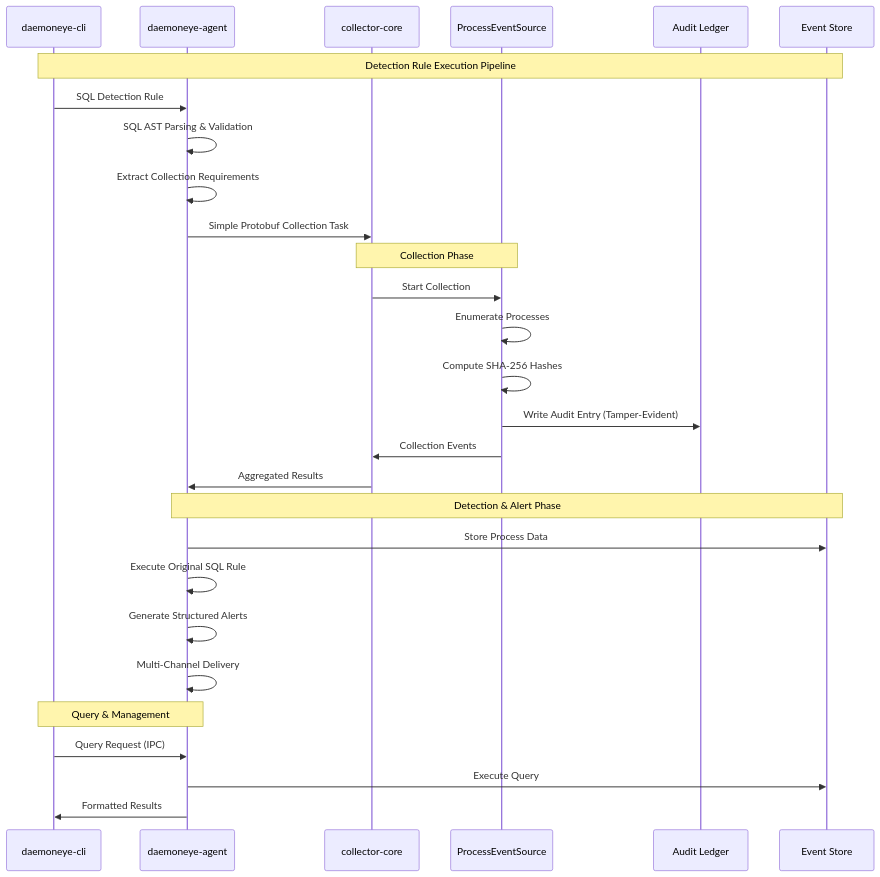
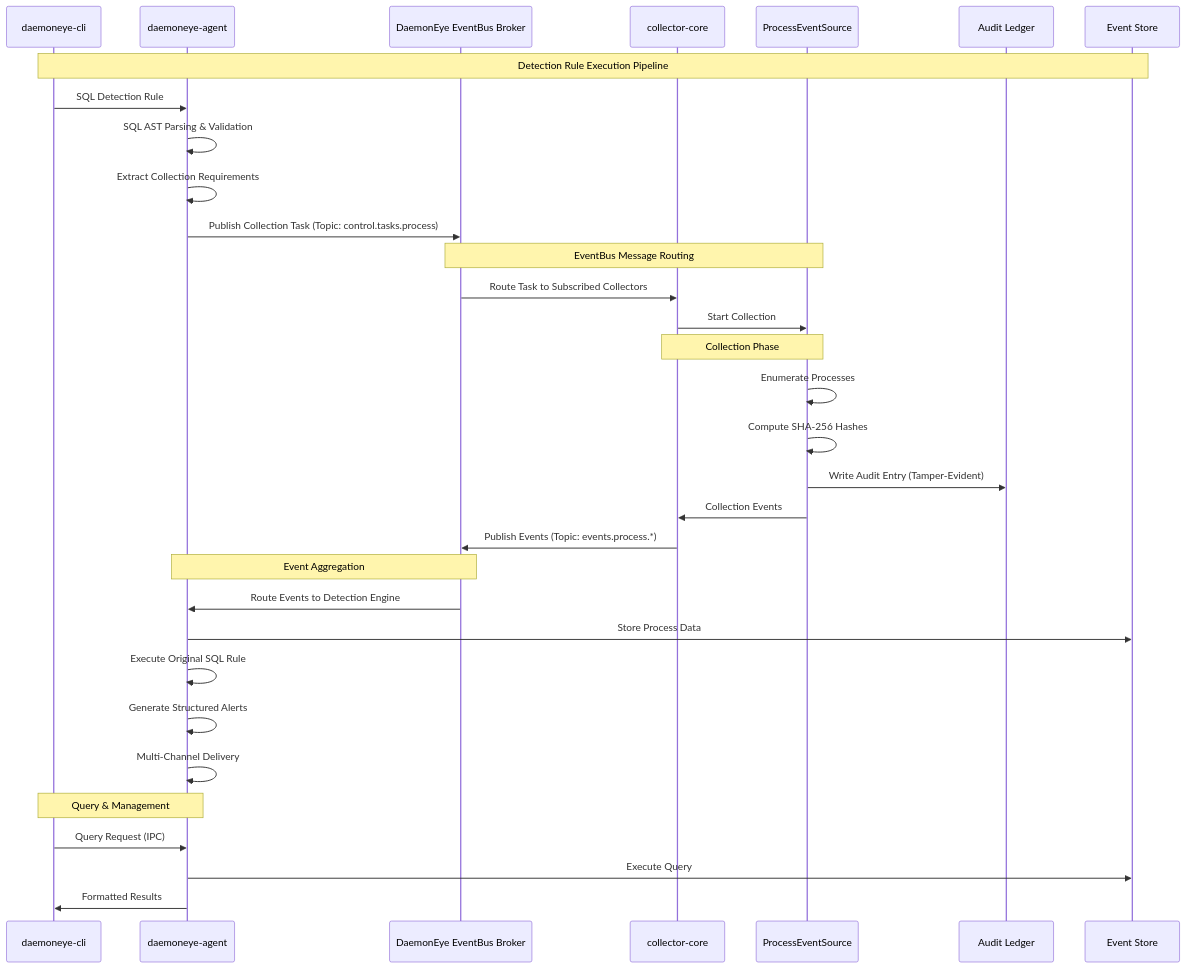
One commit to EvilBit-Labs/DaemonEye changed the third of 6 diagrams in .kiro/specs/daemoneye-core-monitoring/design.md. Above: the diagram before and after it, drawn with Mermaid. The commit also changed other lines of this file and 260 other files, not shown here.

````diff
--- a/.kiro/specs/daemoneye-core-monitoring/design.md
+++ b/.kiro/specs/daemoneye-core-monitoring/design.md
@@ -91,35 +103,40 @@
 ```mermaid
 sequenceDiagram
     participant CLI as daemoneye-cli
     participant AGENT as daemoneye-agent
+    participant BROKER as DaemonEye EventBus Broker
     participant CORE as collector-core
     participant PROC as ProcessEventSource
     participant AUDIT as Audit Ledger
     participant STORE as Event Store
 
     Note over CLI,STORE: Detection Rule Execution Pipeline
 
     CLI->>AGENT: SQL Detection Rule
     AGENT->>AGENT: SQL AST Parsing & Validation
     AGENT->>AGENT: Extract Collection Requirements
-    AGENT->>CORE: Simple Protobuf Collection Task
+    AGENT->>BROKER: Publish Collection Task (Topic: control.tasks.process)
+
+    Note over BROKER,PROC: EventBus Message Routing
+    BROKER->>CORE: Route Task to Subscribed Collectors
+    CORE->>PROC: Start Collection
 
     Note over CORE,PROC: Collection Phase
-    CORE->>PROC: Start Collection
     PROC->>PROC: Enumerate Processes
     PROC->>PROC: Compute SHA-256 Hashes
     PROC->>AUDIT: Write Audit Entry (Tamper-Evident)
     PROC->>CORE: Collection Events
-    CORE->>AGENT: Aggregated Results
+    CORE->>BROKER: Publish Events (Topic: events.process.*)
 
-    Note over AGENT,STORE: Detection & Alert Phase
+    Note over BROKER,AGENT: Event Aggregation
+    BROKER->>AGENT: Route Events to Detection Engine
     AGENT->>STORE: Store Process Data
     AGENT->>AGENT: Execute Original SQL Rule
     AGENT->>AGENT: Generate Structured Alerts
     AGENT->>AGENT: Multi-Channel Delivery
 
     Note over CLI,AGENT: Query & Management
     CLI->>AGENT: Query Request (IPC)
     AGENT->>STORE: Execute Query
     AGENT->>CLI: Formatted Results
 ```
````
